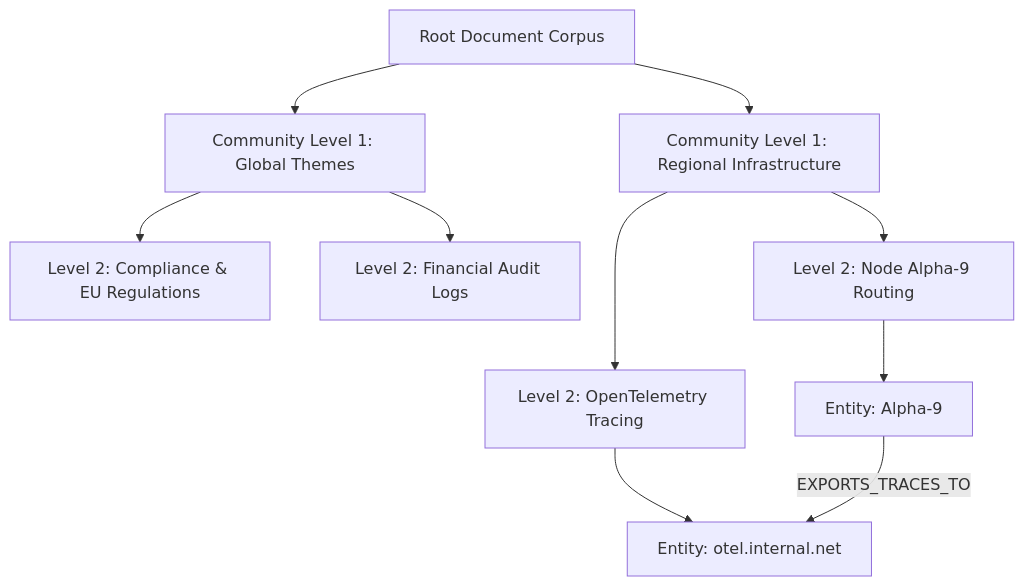
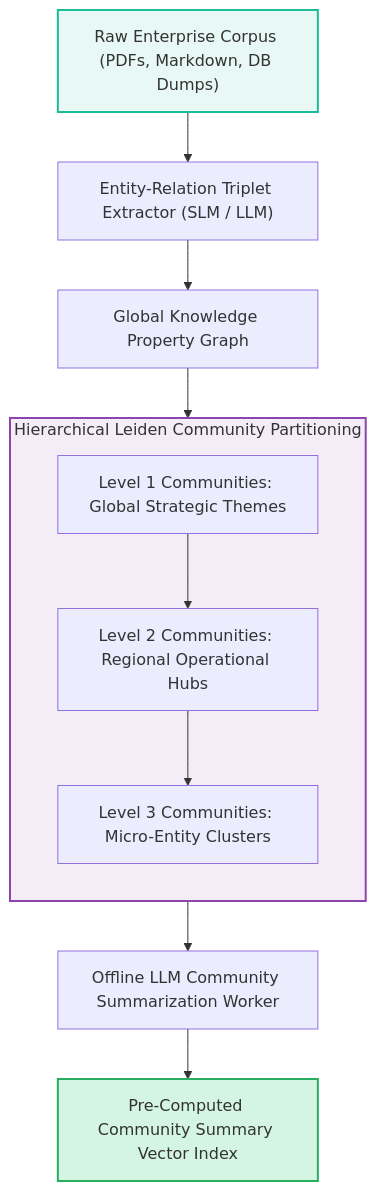
The second of 2 diagrams in content/series/ai-data-engineering-pipeline/part-1-agentic-graphrag-long-context.md (vesviet/vesviet), drawn with Mermaid before and after one commit. The commit also changed other lines of this file and 67 other files, not shown here.

````diff
--- a/content/series/ai-data-engineering-pipeline/part-1-agentic-graphrag-long-context.md
+++ b/content/series/ai-data-engineering-pipeline/part-1-agentic-graphrag-long-context.md
@@ -224,15 +458,21 @@
 ```mermaid
-graph TD
-    Root["Root Document Corpus"] --> C1["Community Level 1: Global Themes"]
-    Root --> C2["Community Level 1: Regional Infrastructure"]
-    
-    C1 --> SubC1["Level 2: Compliance & EU Regulations"]
-    C1 --> SubC2["Level 2: Financial Audit Logs"]
-    
-    C2 --> SubC3["Level 2: Node Alpha-9 Routing"]
-    C2 --> SubC4["Level 2: OpenTelemetry Tracing"]
+flowchart TD
+    RawDocs["Raw Enterprise Corpus (PDFs, Markdown, DB Dumps)"] --> Extractor["Entity-Relation Triplet Extractor (SLM / LLM)"]
+    Extractor --> PropertyGraph["Global Knowledge Property Graph"]
 
-    SubC3 --> Entity1["Entity: Alpha-9"]
-    SubC4 --> Entity2["Entity: otel.internal.net"]
-    Entity1 -->|"EXPORTS_TRACES_TO"| Entity2
+    subgraph HierarchicalClustering["Hierarchical Leiden Community Partitioning"]
+        direction TB
+        Level1["Level 1 Communities: Global Strategic Themes"]
+        Level2["Level 2 Communities: Regional Operational Hubs"]
+        Level3["Level 3 Communities: Micro-Entity Clusters"]
+        Level1 --> Level2 --> Level3
+    end
+
+    PropertyGraph --> HierarchicalClustering
+    Level3 --> AutoSummarizer["Offline LLM Community Summarization Worker"]
+    AutoSummarizer --> CommunityStore["Pre-Computed Community Summary Vector Index"]
+
+    style RawDocs fill:#e8f8f5,stroke:#1abc9c,stroke-width:2px
+    style HierarchicalClustering fill:#f4ecf7,stroke:#8e44ad,stroke-width:2px
+    style CommunityStore fill:#d5f5e3,stroke:#27ae60,stroke-width:2px
 ```
````
